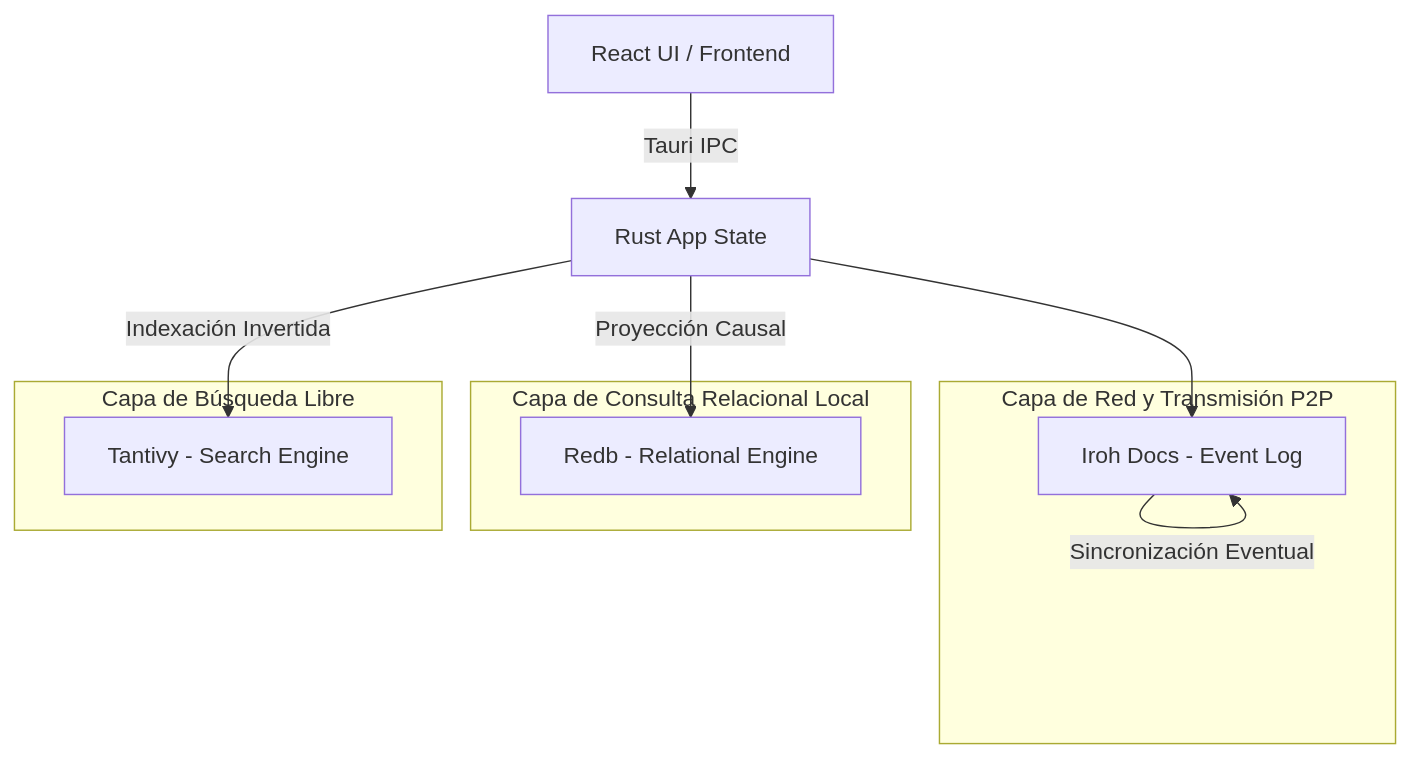
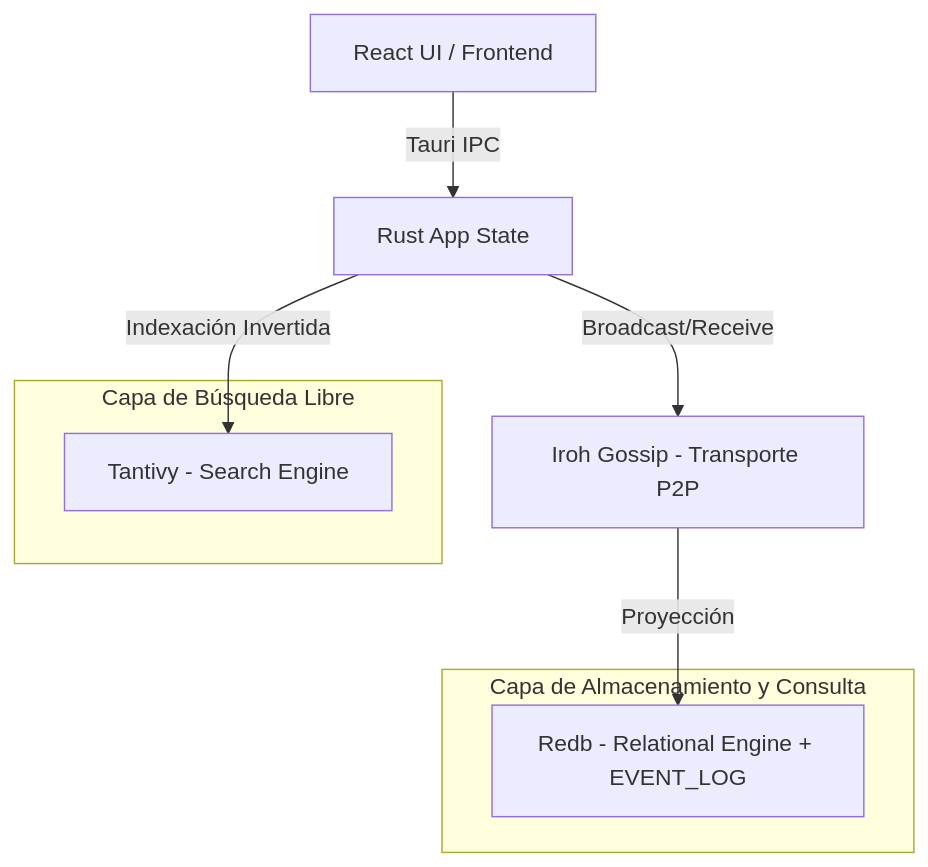
Before and after one commit to royalcala/syntrix-monorepo: the diagram in apps/docs/src/content/docs/arquitectura/database.md, drawn with Mermaid. The commit also changed other lines of this file and 33 other files, not shown here.

````diff
--- a/apps/docs/src/content/docs/arquitectura/database.md
+++ b/apps/docs/src/content/docs/arquitectura/database.md
@@ -16,21 +14,16 @@
 ```mermaid
 graph TD
     A[React UI / Frontend] -- Tauri IPC --> B[Rust App State]
     
-    subgraph Capa de Red y Transmisión P2P
-        C[Iroh Docs - Event Log]
-    end
-    
-    subgraph Capa de Consulta Relacional Local
-        D[Redb - Relational Engine]
+    subgraph Capa de Almacenamiento y Consulta
+        D[Redb - Relational Engine + EVENT_LOG]
     end
     
     subgraph Capa de Búsqueda Libre
         E[Tantivy - Search Engine]
     end
 
-    B --> C
-    C -- Sincronización Eventual --> C
-    B -- Proyección Causal --> D
+    B -- Broadcast/Receive --> C[Iroh Gossip - Transporte P2P]
+    C -- Proyección --> D
     B -- Indexación Invertida --> E
 ```
````
